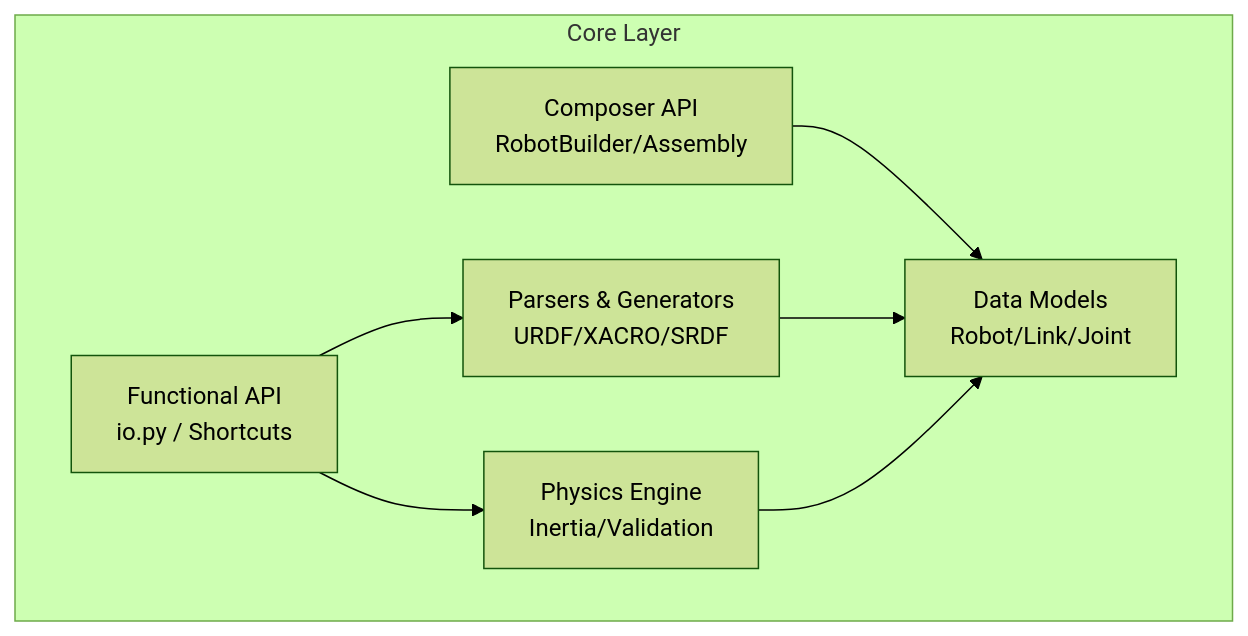
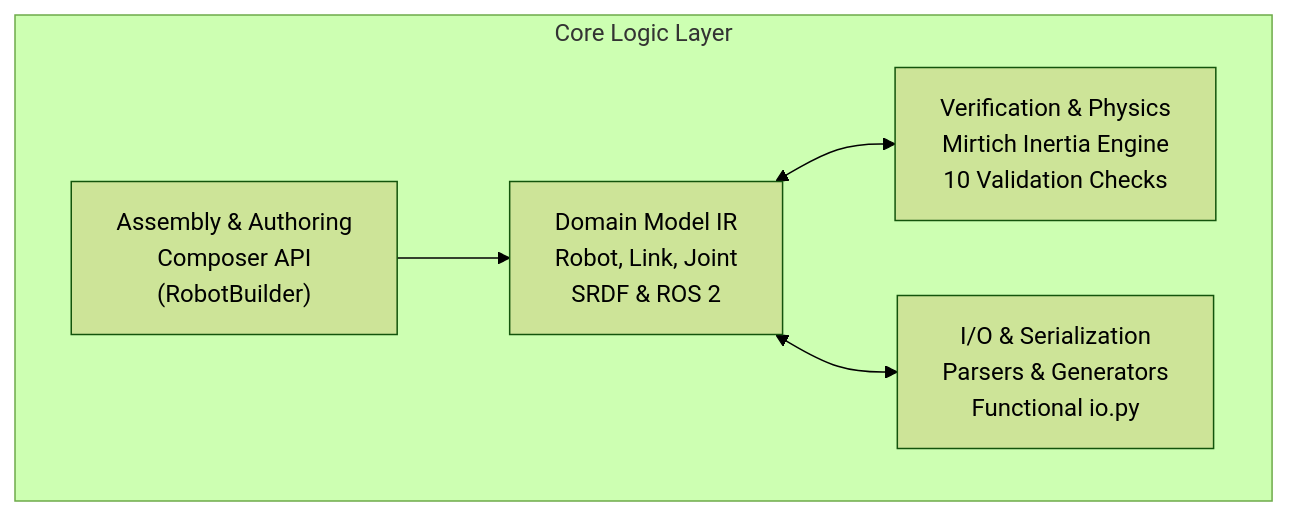
Before and after one commit to arounamounchili/linkforge: the third of 4 diagrams in ARCHITECTURE.md, drawn with Mermaid (forest theme). The commit also changed other lines of this file and 48 other files, not shown here.

````diff
--- a/ARCHITECTURE.md
+++ b/ARCHITECTURE.md
@@ -30,15 +44,13 @@
 ```mermaid
 graph TB
-    subgraph "Core Layer"
-        Models[Data Models<br/>Robot/Link/Joint]
-        Composer[Composer API<br/>RobotBuilder/Assembly]
-        Physics[Physics Engine<br/>Inertia/Validation]
-        IO[Parsers & Generators<br/>URDF/XACRO/SRDF]
-        Shortcuts[Functional API<br/>io.py / Shortcuts]
+    subgraph "Core Logic Layer"
+        Authoring["Assembly & Authoring<br/>Composer API<br/>(RobotBuilder)"]
+        Verify["Verification & Physics<br/>Mirtich Inertia Engine<br/>10 Validation Checks"]
+        IO["I/O & Serialization<br/>Parsers & Generators<br/>Functional io.py"]
+        IR["Domain Model IR<br/>Robot, Link, Joint<br/>SRDF & ROS 2"]
     end
-    Composer --> Models
-    IO --> Models
-    Physics --> Models
-    Shortcuts --> IO
-    Shortcuts --> Physics
+
+    Authoring --> IR
+    IR <--> Verify
+    IR <--> IO
 ```
````
